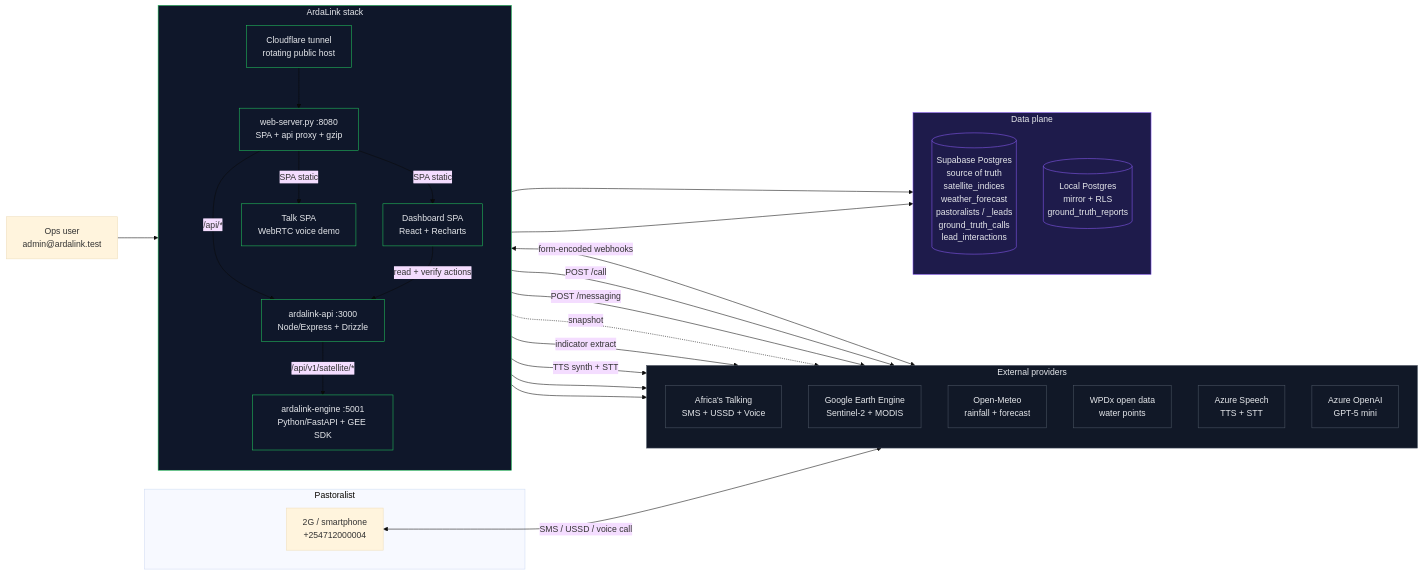
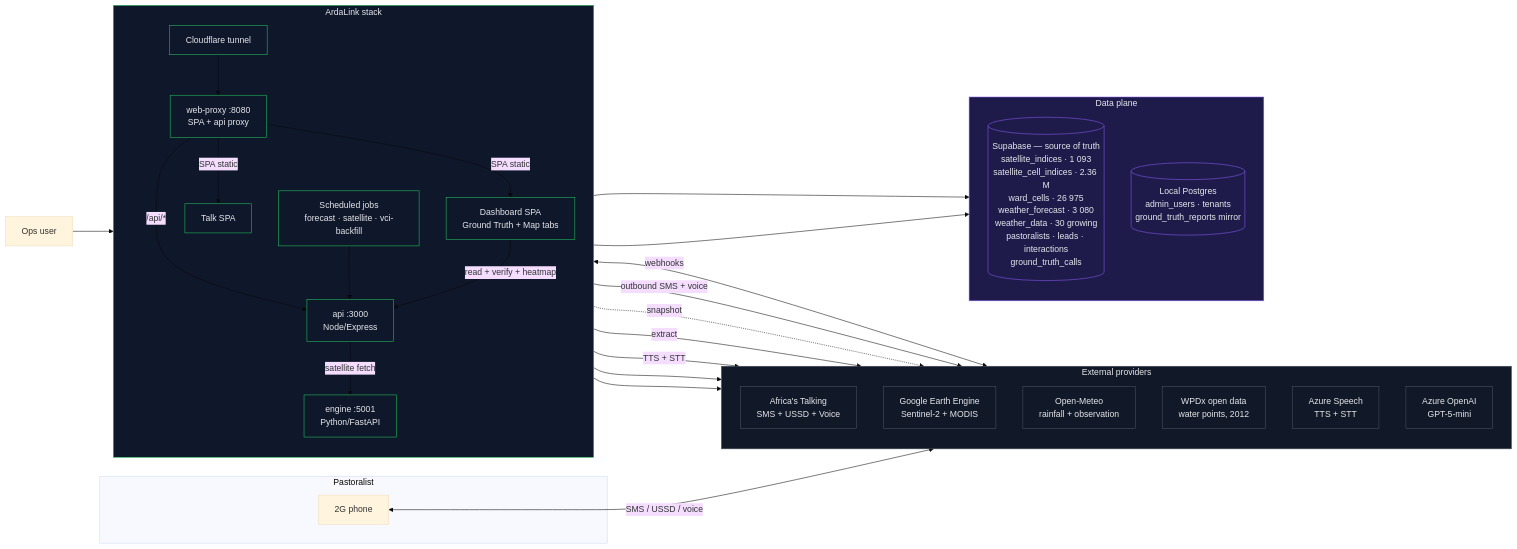
One commit to JHUB-AFRICA/arda-link-ai changed the first of 18 diagrams in Arda-link-AI-Docs/system-diagrams.md. Above: the diagram before and after it, drawn with Mermaid (base theme). The commit also changed other lines of this file, not shown here.

First line of the commit message:
docs(diagrams): describe every flow, not just Jisajili

````diff
--- a/Arda-link-AI-Docs/system-diagrams.md
+++ b/Arda-link-AI-Docs/system-diagrams.md
@@ -20,68 +23,68 @@
 ```mermaid
 flowchart LR
-    %% ── External providers ────────────────────────────
+    %% External providers
     subgraph EXT[External providers]
       direction TB
       AT[Africa's Talking<br/>SMS + USSD + Voice]
       GEE[Google Earth Engine<br/>Sentinel-2 + MODIS]
-      OM[Open-Meteo<br/>rainfall + forecast]
-      WPDx[WPDx open data<br/>water points]
+      OM[Open-Meteo<br/>rainfall + observation]
+      WPDx[WPDx open data<br/>water points, 2012]
       AZS[Azure Speech<br/>TTS + STT]
-      AZO[Azure OpenAI<br/>GPT-5 mini]
+      AZO[Azure OpenAI<br/>GPT-5-mini]
     end
 
-    %% ── Herder-facing surfaces ────────────────────────
+    %% Herder edge
     subgraph HERDER[Pastoralist]
-      PHONE[2G / smartphone<br/>+254712000004]
+      PHONE[2G phone]
     end
 
-    %% ── ArdaLink stack ────────────────────────────────
+    %% ArdaLink stack
     subgraph STACK[ArdaLink stack]
       direction TB
-      TUN[Cloudflare tunnel<br/>rotating public host]
-      WEB[web-server.py :8080<br/>SPA + api proxy + gzip]
-      API[ardalink-api :3000<br/>Node/Express + Drizzle]
-      ENG[ardalink-engine :5001<br/>Python/FastAPI + GEE SDK]
-      DASH[Dashboard SPA<br/>React + Recharts]
-      TALK[Talk SPA<br/>WebRTC voice demo]
+      TUN[Cloudflare tunnel]
+      WEB[web-proxy :8080<br/>SPA + api proxy]
+      API[api :3000<br/>Node/Express]
+      ENG[engine :5001<br/>Python/FastAPI]
+      DASH[Dashboard SPA<br/>Ground Truth + Map tabs]
+      TALK[Talk SPA]
+      JOBS[Scheduled jobs<br/>forecast · satellite · vci-backfill]
     end
 
-    %% ── Data plane ────────────────────────────────────
+    %% Data plane
     subgraph DATA[Data plane]
       direction TB
-      SB[(Supabase Postgres<br/>source of truth<br/>satellite_indices<br/>weather_forecast<br/>pastoralists / _leads<br/>ground_truth_calls<br/>lead_interactions)]
-      LOCAL[(Local Postgres<br/>mirror + RLS<br/>ground_truth_reports)]
+      SB[(Supabase — source of truth<br/>satellite_indices · 1 093<br/>satellite_cell_indices · 2.36 M<br/>ward_cells · 26 975<br/>weather_forecast · 3 080<br/>weather_data · 30 growing<br/>pastoralists · leads · interactions<br/>ground_truth_calls)]
+      LOCAL[(Local Postgres<br/>admin_users · tenants<br/>ground_truth_reports mirror)]
     end
 
-    %% ── Ops ───────────────────────────────────────────
-    OPS[Ops user<br/>admin@ardalink.test]
+    OPS[Ops user]
 
-    %% ── Flows ─────────────────────────────────────────
-    PHONE <-->|SMS / USSD / voice call| AT
-    AT <-->|form-encoded webhooks| TUN
+    %% Flows
+    PHONE <-->|SMS / USSD / voice| AT
+    AT <-->|webhooks| TUN
     TUN --> WEB
     WEB -->|/api/*| API
     WEB -->|SPA static| DASH
     WEB -->|SPA static| TALK
 
     API --> SB
     API --> LOCAL
-    API -->|/api/v1/satellite/*| ENG
+    API -->|satellite fetch| ENG
     ENG --> GEE
-    API --> OM
-    API -->|TTS synth + STT| AZS
-    API -->|indicator extract| AZO
+    JOBS --> OM
+    JOBS --> API
+    API -->|TTS + STT| AZS
+    API -->|extract| AZO
     API -.->|snapshot| WPDx
-    API -->|POST /messaging| AT
-    API -->|POST /call| AT
+    API -->|outbound SMS + voice| AT
 
-    DASH -->|read + verify actions| API
+    DASH -->|read + verify + heatmap| API
     OPS --> DASH
 
     classDef ext fill:#111827,stroke:#4b5563,color:#e5e7eb;
     classDef stack fill:#0f172a,stroke:#22c55e,color:#e5e7eb;
     classDef data fill:#1e1b4b,stroke:#8b5cf6,color:#e5e7eb;
     class EXT,AT,GEE,OM,WPDx,AZS,AZO ext;
-    class STACK,TUN,WEB,API,ENG,DASH,TALK stack;
+    class STACK,TUN,WEB,API,ENG,DASH,TALK,JOBS stack;
     class DATA,SB,LOCAL data;
 ```
````
